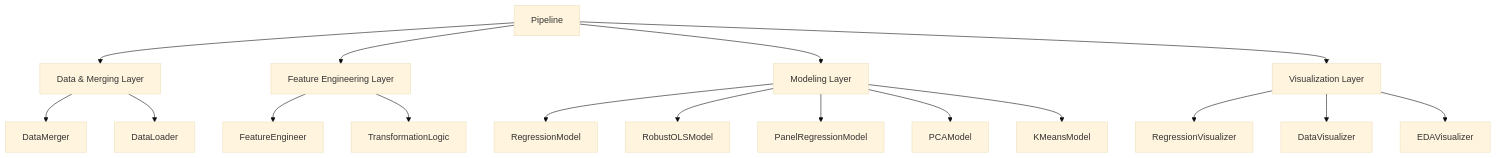
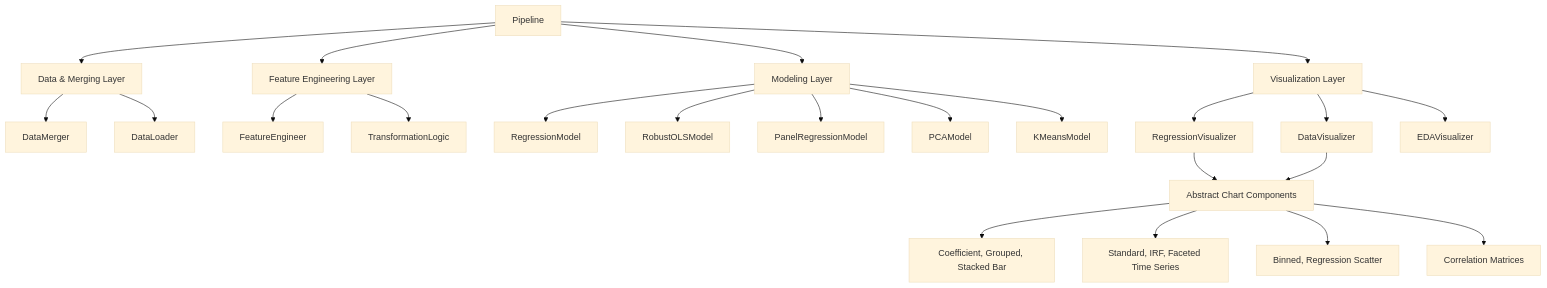
Before and after one commit to corybaird/stats-transformer: the second of 2 diagrams in docs/library/architecture.md, drawn with Mermaid (base theme). The commit also changed other lines of this file and 1 other file, not shown here.

Commit message:
DOCS update architecture and README with new visualization components
- UPDATE README.md to include 07_visualization.ipynb walkthrough
- UPDATE architecture.md to reflect three-level visualization framework
- ADD component breakdown for standalone chart classes to architecture tree

````diff
--- a/docs/library/architecture.md
+++ b/docs/library/architecture.md
@@ -30,23 +30,31 @@
 ```mermaid
 graph TD
     Pipeline --> DataLayer[Data & Merging Layer]
     Pipeline --> FeatureLayer[Feature Engineering Layer]
     Pipeline --> ModelLayer[Modeling Layer]
     Pipeline --> VizLayer[Visualization Layer]
 
     DataLayer --> DataMerger
     DataLayer --> DataLoader
 
     FeatureLayer --> FeatureEngineer
     FeatureLayer --> TransformationLogic
 
     ModelLayer --> RegressionModel
     ModelLayer --> RobustOLSModel
     ModelLayer --> PanelRegressionModel
     ModelLayer --> PCAModel
     ModelLayer --> KMeansModel
 
     VizLayer --> RegressionVisualizer
     VizLayer --> DataVisualizer
     VizLayer --> EDAVisualizer
+
+    RegressionVisualizer --> ChartComponents[Abstract Chart Components]
+    DataVisualizer --> ChartComponents
+
+    ChartComponents --> BarCharts[Coefficient, Grouped, Stacked Bar]
+    ChartComponents --> TimeSeriesPlots[Standard, IRF, Faceted Time Series]
+    ChartComponents --> ScatterPlots[Binned, Regression Scatter]
+    ChartComponents --> Heatmaps[Correlation Matrices]
 ```
````
